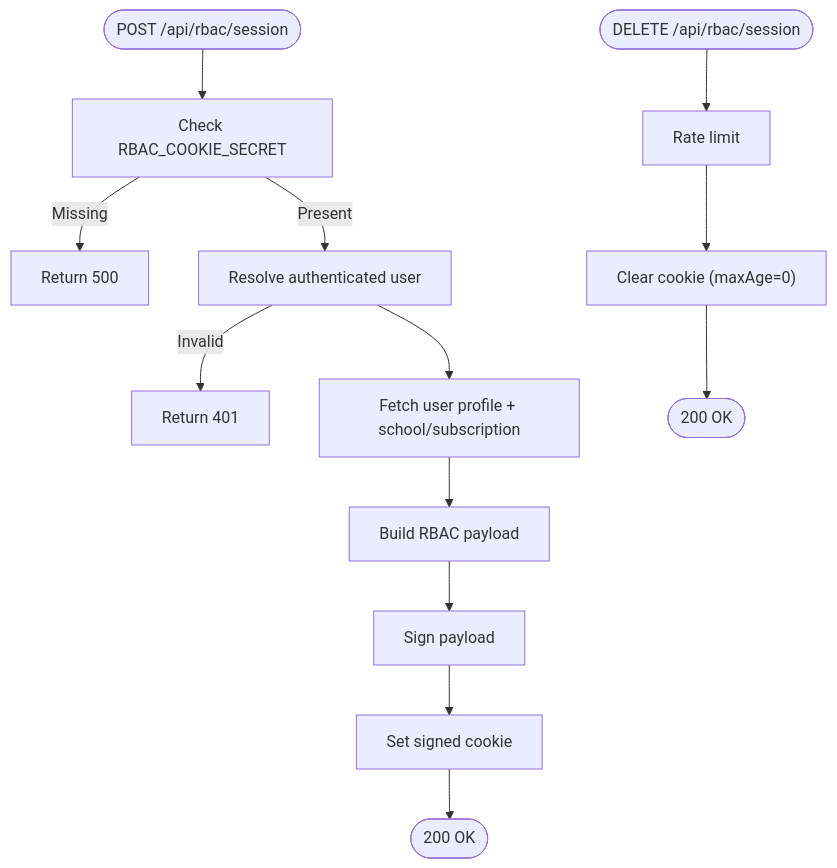
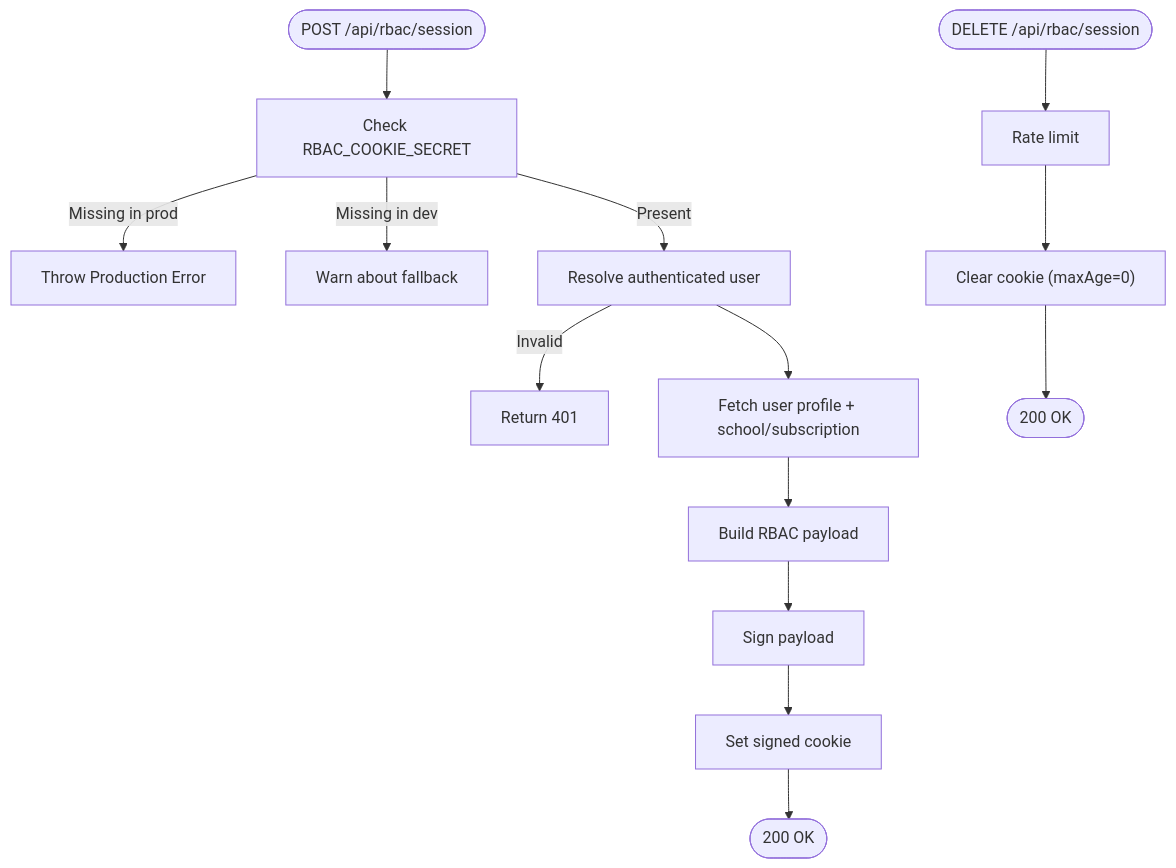
One commit to mustafaalkusaj/appschoolmustafa2002 changed the fourth of 9 diagrams in .qoder/repowiki/en/content/Security Implementation/Security Implementation.md. Above: the diagram before and after it, drawn with Mermaid. The commit also changed other lines of this file and 85 other files, not shown here.

````diff
--- a/.qoder/repowiki/en/content/Security Implementation/Security Implementation.md
+++ b/.qoder/repowiki/en/content/Security Implementation/Security Implementation.md
@@ -163,15 +222,16 @@
 ```mermaid
 flowchart TD
 Start(["POST /api/rbac/session"]) --> CheckSecret["Check RBAC_COOKIE_SECRET"]
-CheckSecret --> |Missing| Return500["Return 500"]
+CheckSecret --> |Missing in prod| ThrowError["Throw Production Error"]
+CheckSecret --> |Missing in dev| WarnFallback["Warn about fallback"]
 CheckSecret --> |Present| GetUser["Resolve authenticated user"]
 GetUser --> |Invalid| Return401["Return 401"]
 GetUser --> FetchProfile["Fetch user profile + school/subscription"]
 FetchProfile --> BuildPayload["Build RBAC payload"]
 BuildPayload --> Sign["Sign payload"]
 Sign --> SetCookie["Set signed cookie"]
 SetCookie --> Done(["200 OK"])
 DeleteStart(["DELETE /api/rbac/session"]) --> RL["Rate limit"]
 RL --> ClearCookie["Clear cookie (maxAge=0)"]
 ClearCookie --> DoneDel(["200 OK"])
 ```
````
